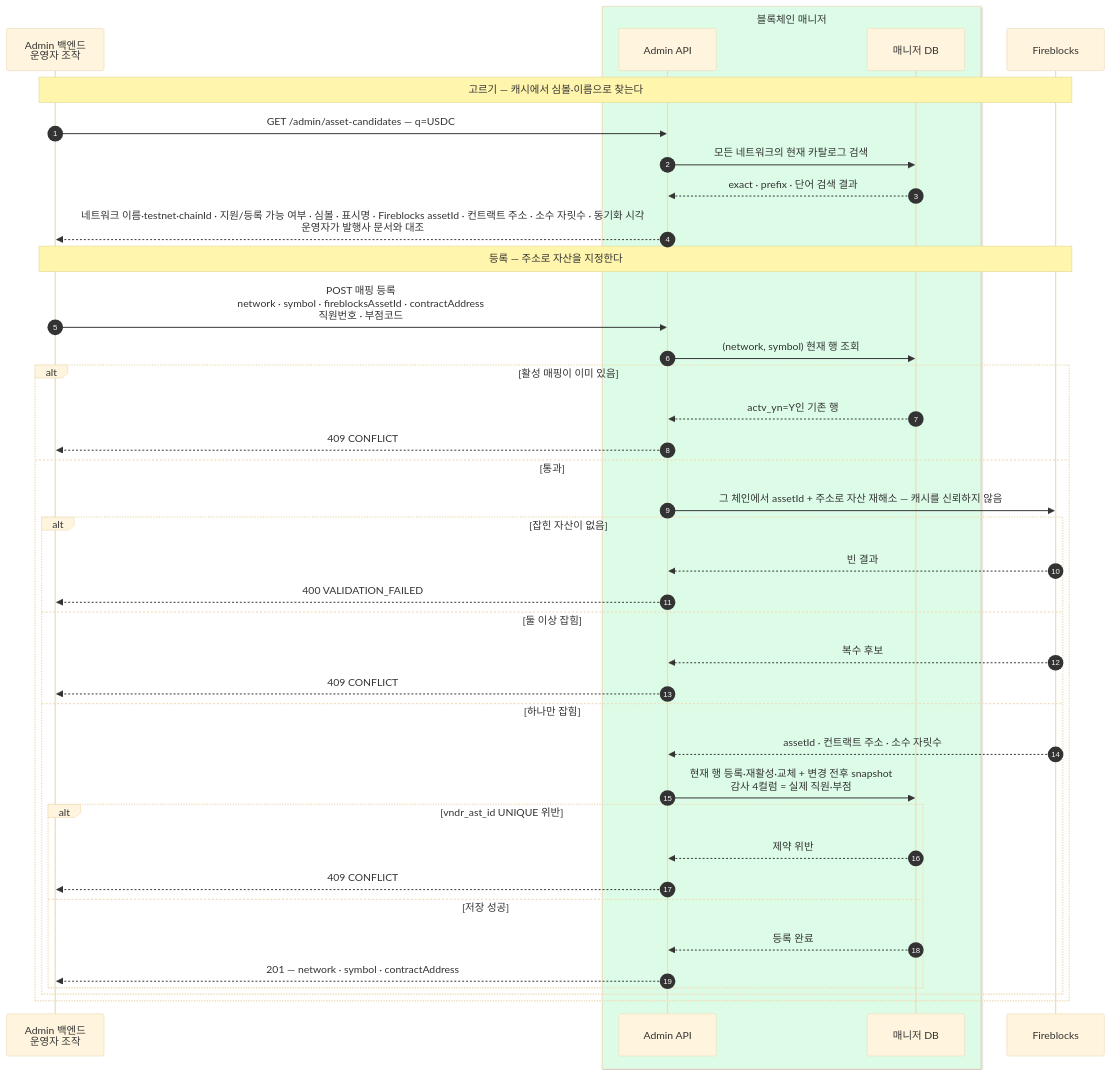
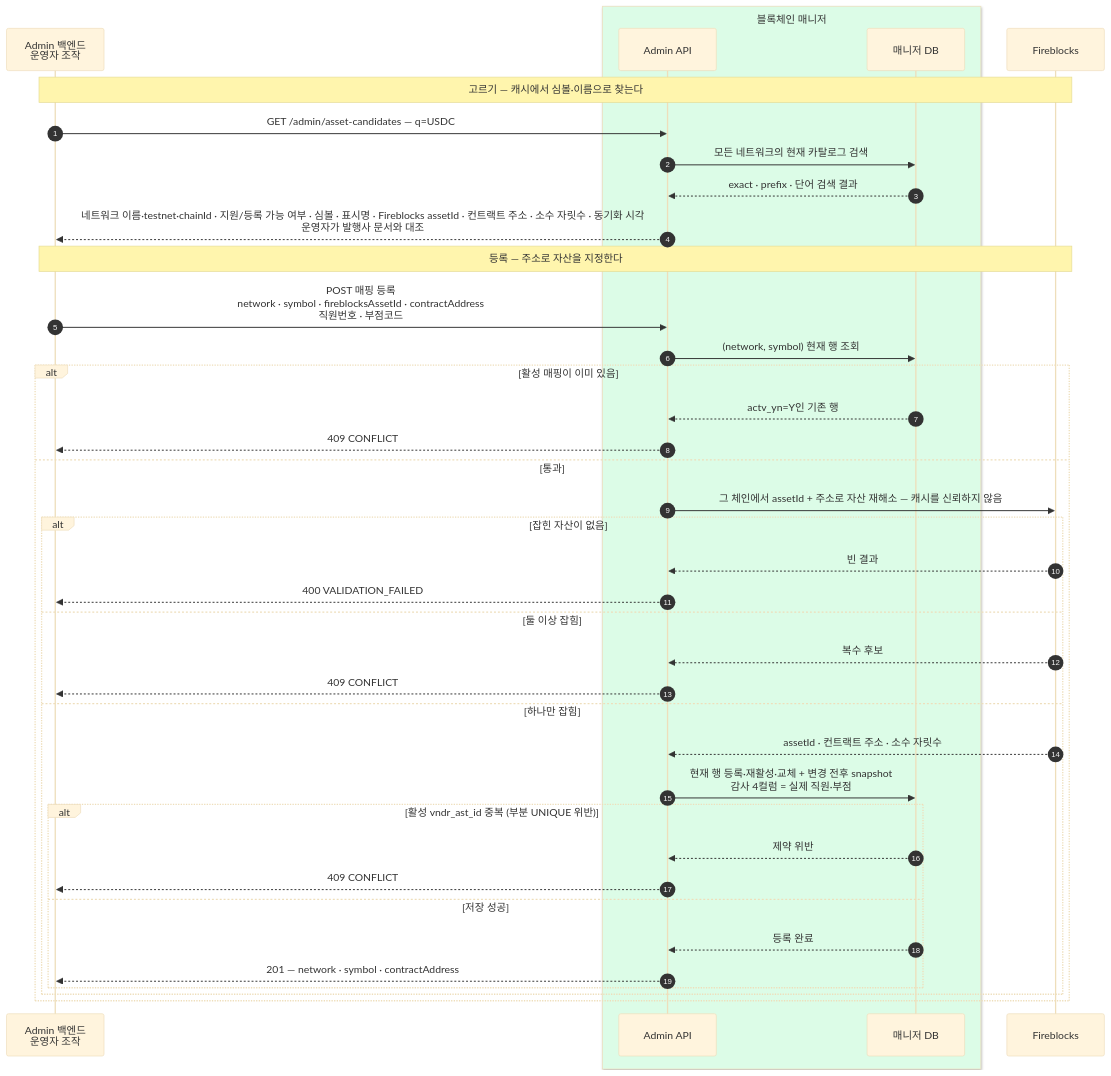
One commit to eunsujeo/fireblocks-test changed the diagram in docs/design/07-asset-master.md. Above: the diagram before and after it, drawn with Mermaid (base theme). The commit also changed other lines of this file and 8 other files, not shown here.

````diff
--- a/docs/design/07-asset-master.md
+++ b/docs/design/07-asset-master.md
@@ -199,43 +206,43 @@
 ```mermaid
 sequenceDiagram
     autonumber
     participant ADM as Admin 백엔드<br/>운영자 조작
     box rgb(220,252,231) 블록체인 매니저
     participant API as Admin API
     participant MDB as 매니저 DB
     end
     participant FB as Fireblocks
 
     Note over ADM,FB: 고르기 — 캐시에서 심볼·이름으로 찾는다
     ADM->>API: GET /admin/asset-candidates — q=USDC
     API->>MDB: 모든 네트워크의 현재 카탈로그 검색
     MDB-->>API: exact · prefix · 단어 검색 결과
     API-->>ADM: 네트워크 이름·testnet·chainId · 지원/등록 가능 여부 · 심볼 · 표시명 · Fireblocks assetId · 컨트랙트 주소 · 소수 자릿수 · 동기화 시각<br/>운영자가 발행사 문서와 대조
 
     Note over ADM,FB: 등록 — 주소로 자산을 지정한다
     ADM->>API: POST 매핑 등록<br/>network · symbol · fireblocksAssetId · contractAddress<br/>직원번호 · 부점코드
     API->>MDB: (network, symbol) 현재 행 조회
     alt 활성 매핑이 이미 있음
         MDB-->>API: actv_yn=Y인 기존 행
         API-->>ADM: 409 CONFLICT
     else 통과
         API->>FB: 그 체인에서 assetId + 주소로 자산 재해소 — 캐시를 신뢰하지 않음
         alt 잡힌 자산이 없음
             FB-->>API: 빈 결과
             API-->>ADM: 400 VALIDATION_FAILED
         else 둘 이상 잡힘
             FB-->>API: 복수 후보
             API-->>ADM: 409 CONFLICT
         else 하나만 잡힘
             FB-->>API: assetId · 컨트랙트 주소 · 소수 자릿수
             API->>MDB: 현재 행 등록·재활성·교체 + 변경 전후 snapshot<br/>감사 4컬럼 = 실제 직원·부점
-            alt vndr_ast_id UNIQUE 위반
+            alt 활성 vndr_ast_id 중복 (부분 UNIQUE 위반)
                 MDB-->>API: 제약 위반
                 API-->>ADM: 409 CONFLICT
             else 저장 성공
                 MDB-->>API: 등록 완료
                 API-->>ADM: 201 — network · symbol · contractAddress
             end
         end
     end
 ```
````
